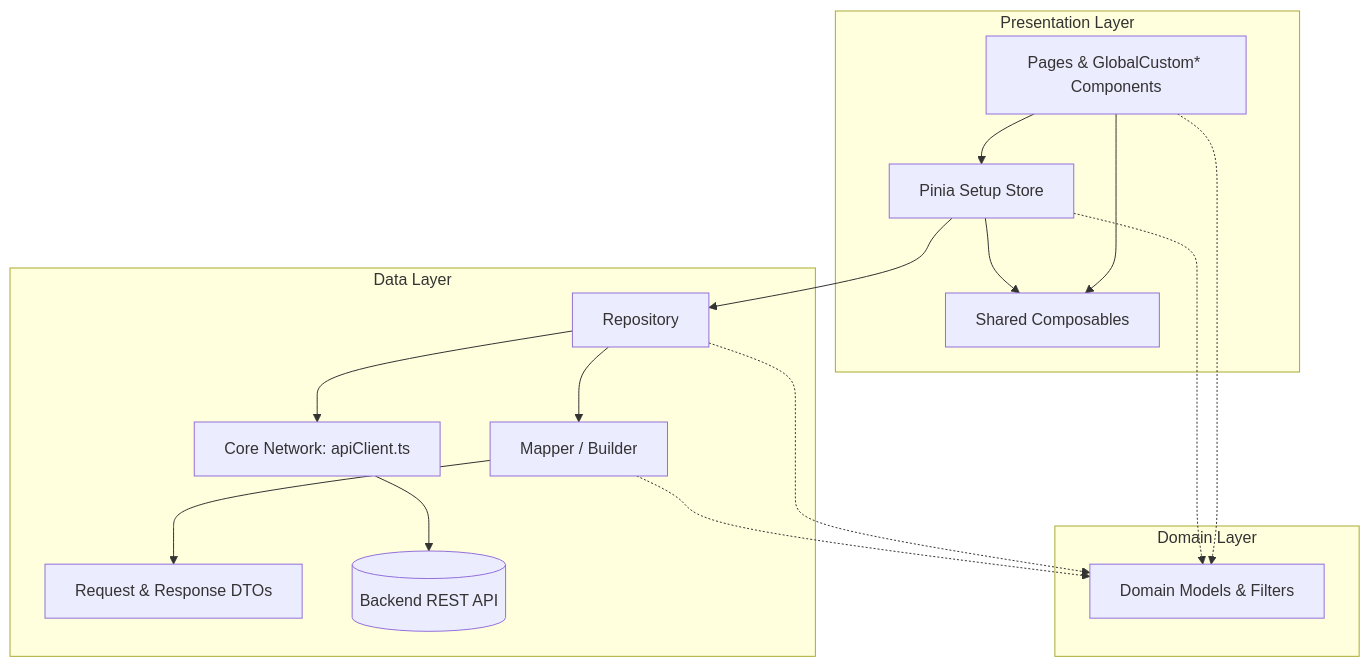
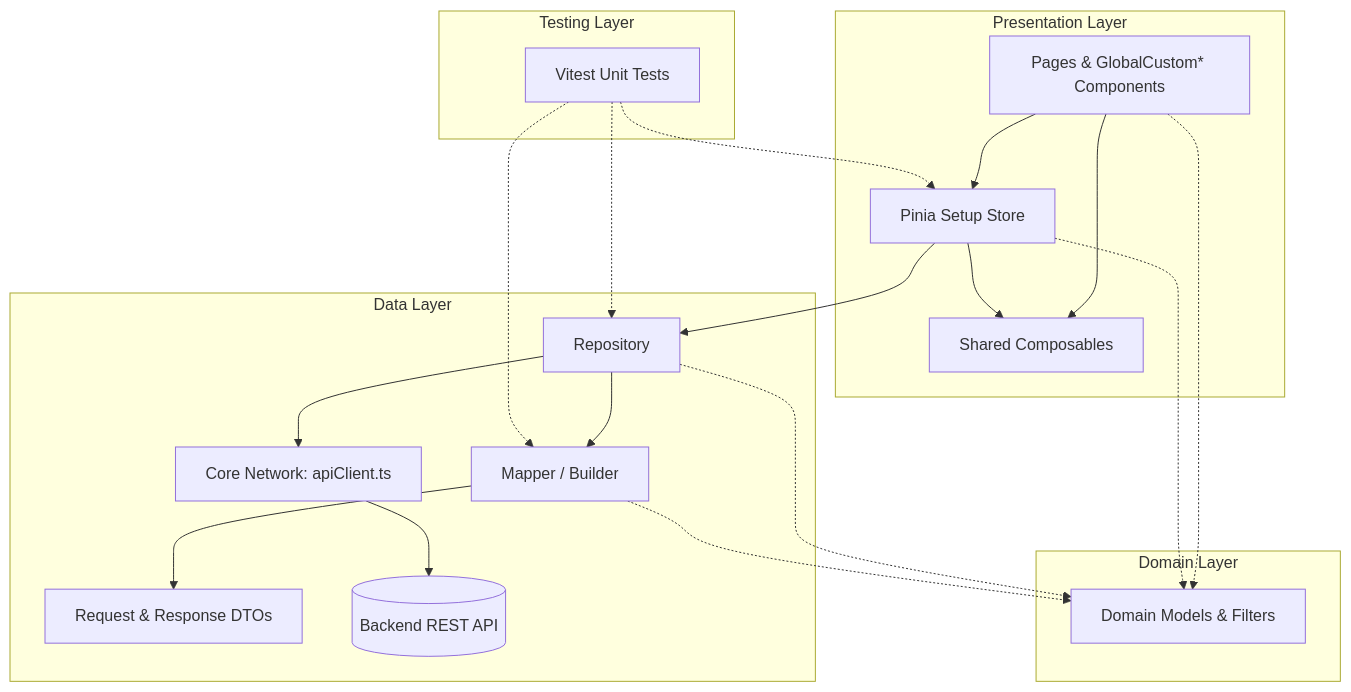
One commit to Touy2004/for-read-markdown changed the first of 2 diagrams in clean_nuxt_architecture.md. Above: the diagram before and after it, drawn with Mermaid. The commit also changed other lines of this file, not shown here.

````diff
--- a/clean_nuxt_architecture.md
+++ b/clean_nuxt_architecture.md
@@ -21,25 +23,31 @@
 ```mermaid
 graph TD
     subgraph PresentationLayer ["Presentation Layer"]
         UI["Pages & GlobalCustom* Components"] --> Store["Pinia Setup Store"]
         UI --> Composables["Shared Composables"]
         Store --> Composables
     end
 
     subgraph DomainLayer ["Domain Layer"]
         DomainModel["Domain Models & Filters"]
     end
 
     subgraph DataLayer ["Data Layer"]
         Store --> Repo["Repository"]
         Repo --> Mapper["Mapper / Builder"]
         Repo --> Client["Core Network: apiClient.ts"]
         Mapper --> DTO["Request & Response DTOs"]
         Client --> Backend[("Backend REST API")]
     end
 
+    subgraph TestingLayer ["Testing Layer"]
+        Tests["Vitest Unit Tests"] -.-> Store
+        Tests -.-> Repo
+        Tests -.-> Mapper
+    end
+
     UI -.-> DomainModel
     Store -.-> DomainModel
     Repo -.-> DomainModel
     Mapper -.-> DomainModel
 ```
````
